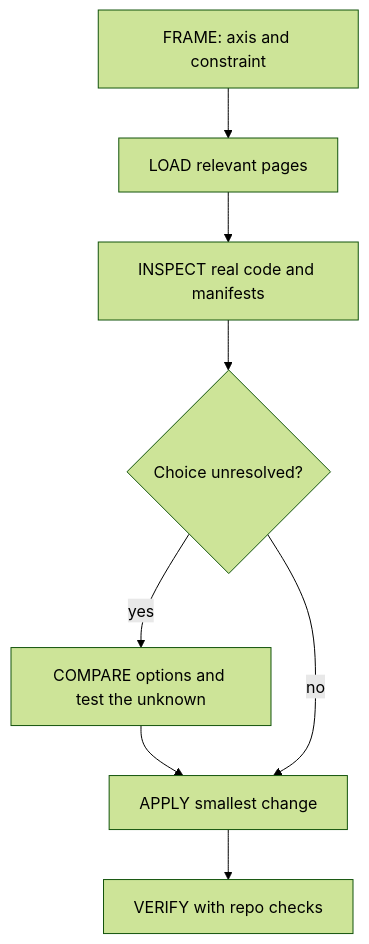
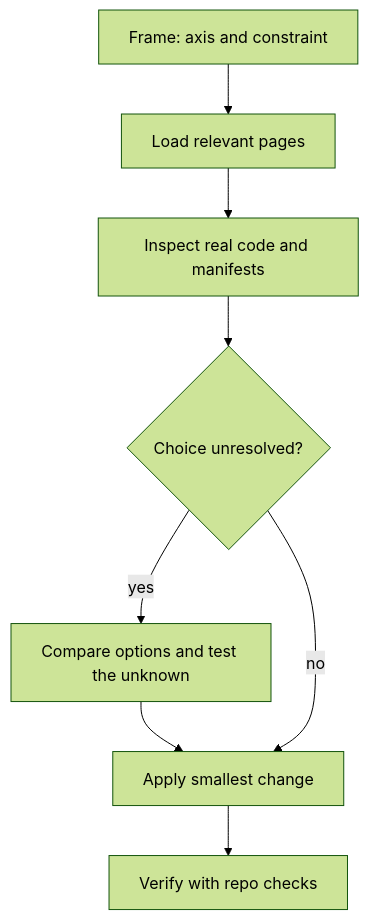
Before and after one commit to bgauryy/octocode: the diagram in skills-dev/rust-best-practices/SKILL.md, drawn with Mermaid (forest theme). The commit also changed other lines of this file and 1641 other files, not shown here.

````diff
--- a/skills-dev/rust-best-practices/SKILL.md
+++ b/skills-dev/rust-best-practices/SKILL.md
@@ -10,7 +10,7 @@
 ```mermaid
 flowchart TD
-    F[FRAME: axis and constraint] --> L[LOAD relevant pages] --> I[INSPECT real code and manifests] --> D{Choice unresolved?}
-    D -- yes --> C[COMPARE options and test the unknown] --> A[APPLY smallest change]
+    F[Frame: axis and constraint] --> L[Load relevant pages] --> I[Inspect real code and manifests] --> D{Choice unresolved?}
+    D -- yes --> C[Compare options and test the unknown] --> A[Apply smallest change]
     D -- no --> A
-    A --> V[VERIFY with repo checks]
+    A --> V[Verify with repo checks]
 ```
````
